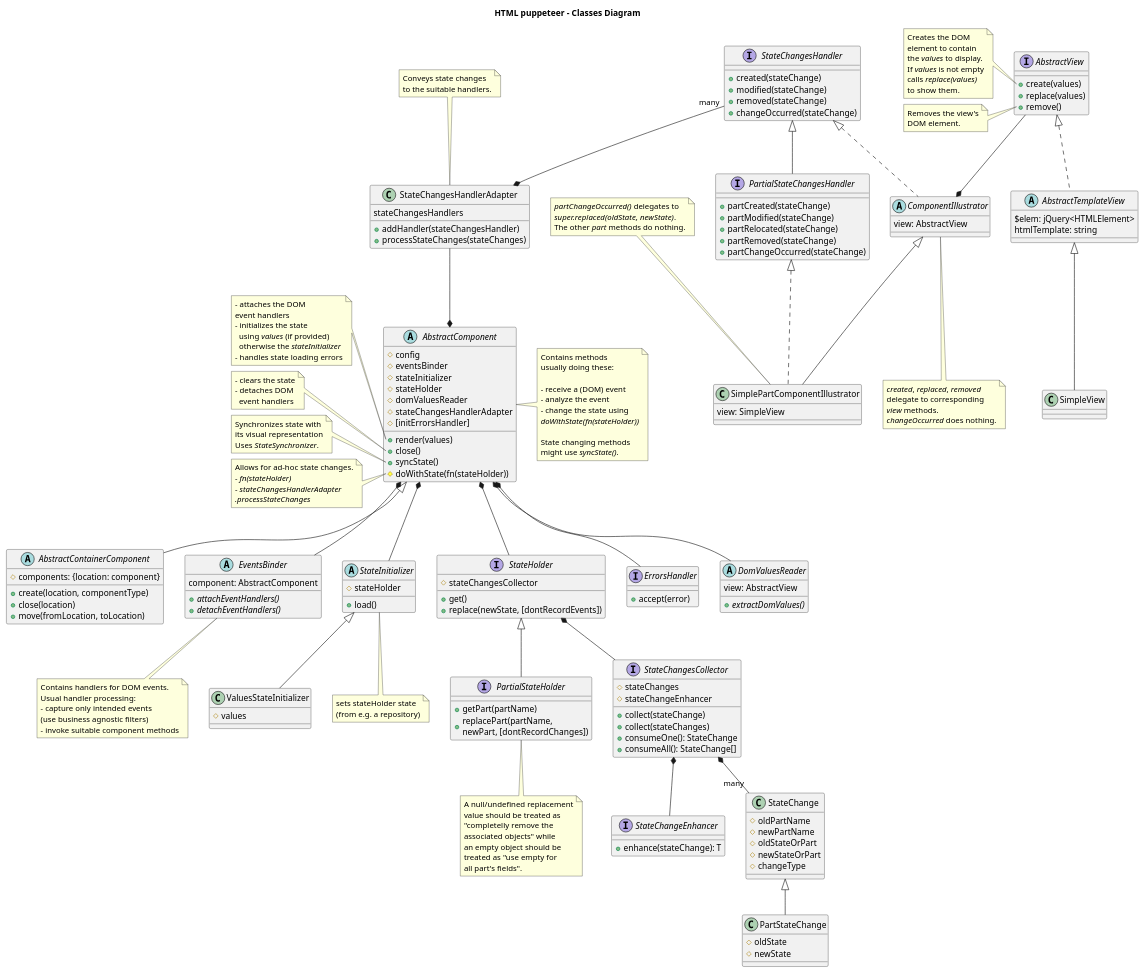
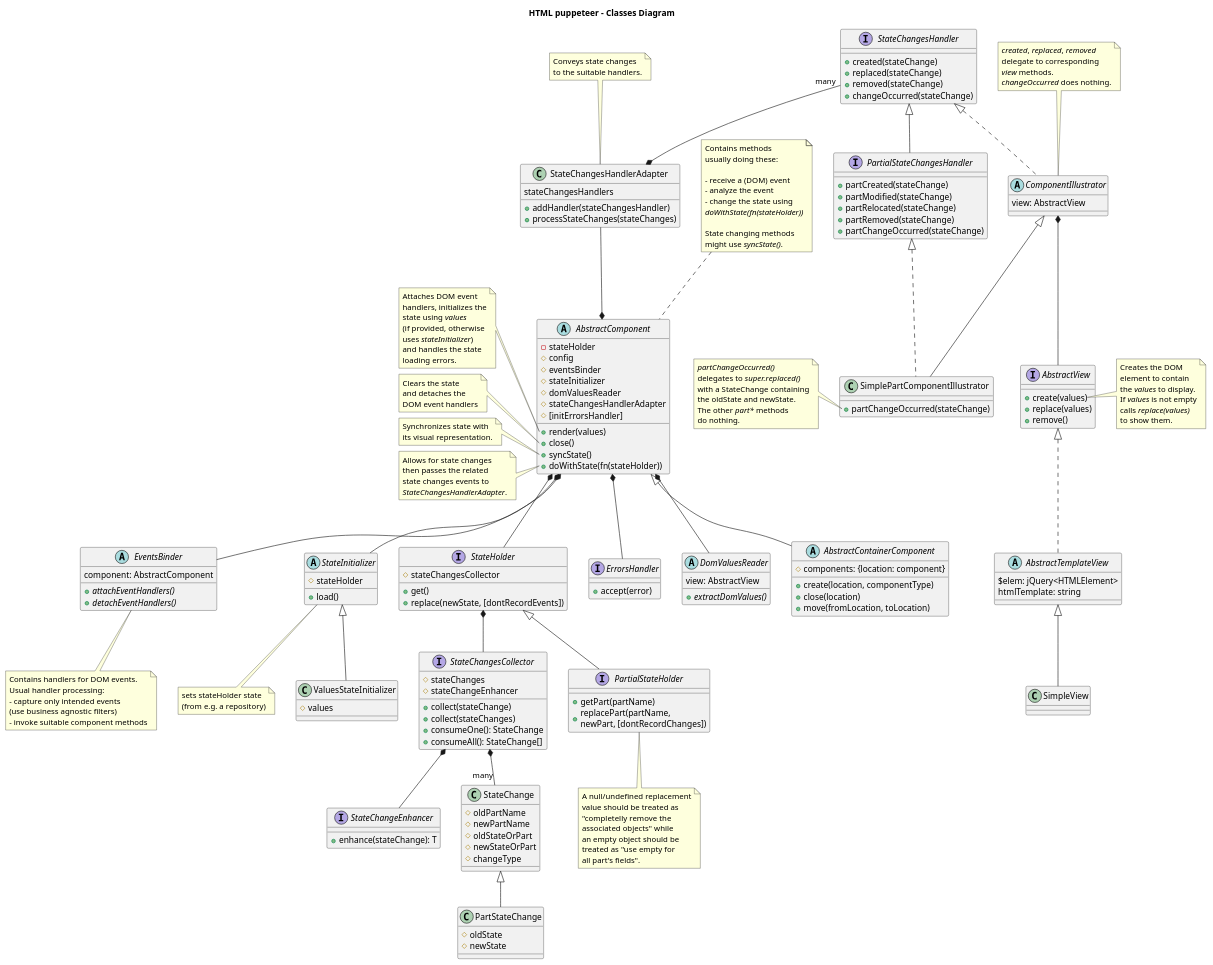
One commit to adrhc/html-puppeteer changed the diagram in design/classes-diagram.puml. Above: the diagram before and after it, drawn with PlantUML.

Commit message:
classes-diagram.puml

```diff
--- a/design/classes-diagram.puml
+++ b/design/classes-diagram.puml
@@ -3,20 +3,20 @@
 title HTML puppeteer - Classes Diagram
 
 abstract AbstractComponent {
+  -stateHolder
   #config
   #eventsBinder
   #stateInitializer
-  #stateHolder
   #domValuesReader
   #stateChangesHandlerAdapter
   #[initErrorsHandler]
   +render(values)
   +close()
   +syncState()
-  #doWithState(fn(stateHolder))
+  +doWithState(fn(stateHolder))
 }
 
-note right of AbstractComponent
+note top of AbstractComponent
   Contains methods
   usually doing these:
 
@@ -53,31 +53,31 @@
 end note'/
 
 note left of AbstractComponent::"render(values)"
-- attaches the DOM
-event handlers
-- initializes the state
-  using <i>values</i> (if provided) 
-  otherwise the <i>stateInitializer</i>
-- handles state loading errors
+Attaches DOM event
+handlers, initializes the
+state using <i>values</i>
+(if provided, otherwise
+uses <i>stateInitializer</i>)
+and handles the state
+loading errors.
 end note
 
 note left of AbstractComponent::"close()"
-- clears the state
-- detaches DOM
-  event handlers
+Clears the state
+and detaches the
+DOM event handlers
 end note
 
 note left of AbstractComponent::syncState
 Synchronizes state with
-its visual representation
-Uses <i>StateSynchronizer</i>.
+its visual representation.
 end note
 
 note left of AbstractComponent::doWithState
-Allows for ad-hoc state changes.
-- <i>fn(stateHolder)</i>
-- <i>stateChangesHandlerAdapter</i>
-<i>.processStateChanges</i>
+Allows for state changes
+then passes the related
+state changes events to
+<i>StateChangesHandlerAdapter</i>.
 end note
 
 abstract AbstractContainerComponent extends AbstractComponent {
@@ -181,7 +181,7 @@
 +remove()
 }
 
-note left of AbstractView::create
+note right of AbstractView::create
 Creates the DOM
 element to contain
 the <i>values</i> to display.
@@ -196,10 +196,10 @@
 the new ones.
 end note'/
 
-note left of AbstractView::remove
+/'note right of AbstractView::remove
 Removes the view's
 DOM element.
-end note
+end note'/
 
 abstract AbstractTemplateView implements AbstractView {
 $elem: jQuery<HTMLElement>
@@ -220,7 +220,7 @@
 (aka creation) to
 <i>created(stateChange)</i>
 - map state modification
-to <i>modified(stateChange)</i>
+to <i>replaced(stateChange)</i>
 - map state part (aka section)
 modification to
 <i>partModified(stateChange)</i>
@@ -236,7 +236,7 @@
 
 interface StateChangesHandler {
 +created(stateChange)
-+modified(stateChange)
++replaced(stateChange)
 +removed(stateChange)
 +changeOccurred(stateChange)
 }
@@ -253,7 +253,7 @@
 view: AbstractView
 }
 
-note bottom of ComponentIllustrator
+note top of ComponentIllustrator
 <i>created</i>, <i>replaced</i>, <i>removed</i>
 delegate to corresponding
 <i>view</i> methods.
@@ -261,13 +261,16 @@
 end note
 
 class SimplePartComponentIllustrator extends ComponentIllustrator implements PartialStateChangesHandler {
-view: SimpleView
++partChangeOccurred(stateChange)
 }
 
-note top of SimplePartComponentIllustrator
-<i>partChangeOccurred()</i> delegates to
-<i>super.replaced(oldState, newState)</i>.
-The other <i>part</i> methods do nothing.
+note left of SimplePartComponentIllustrator::partChangeOccurred
+<i>partChangeOccurred()</i>
+delegates to <i>super.replaced()</i>
+with a StateChange containing
+the oldState and newState.
+The other <i>part*</i> methods
+do nothing.
 end note
 
 /'abstract PartsAllocator implements PartialStateChangesHandler {
@@ -334,9 +337,10 @@
 AbstractComponent *-down- StateHolder
 AbstractComponent *-down- StateInitializer
 AbstractComponent *-down- DomValuesReader
+AbstractComponent *-down- ErrorsHandler
 AbstractComponent *-up- StateChangesHandlerAdapter
 StateChangesHandlerAdapter *-up- "many" StateChangesHandler
-ComponentIllustrator *-up- AbstractView
+ComponentIllustrator *-- AbstractView
 'PartialStateChangesHandler -down-|> StateChangesHandler
 'PartsAllocator -down-|> PartialStateChangesHandler
 'StateChangesHandler -up-{ AbstractView : might use
@@ -347,16 +351,15 @@
 'SimplePartComponentIllustrator -down-> ComponentIllustrator
 'SimplePartComponentIllustrator -down-|> PartialStateChangesHandler
 'AbstractComponent *-up- StateSynchronizer
-AbstractComponent *-down- ErrorsHandler
 'AbstractComponent *-right- PartsAllocator
 'PartialStateHolder -up-|> StateHolder
-StateHolder *-down- StateChangesCollector
-StateChangesCollector *-down- "many" StateChange
+StateHolder *-- StateChangesCollector
+StateChangesCollector *-- "many" StateChange
 'ComponentIllustrator --|> StateChangesHandler
 'PartStateChange -down-> StateChange
 'PartsAllocator -down-> StateHolder
 'ValuesStateInitializer -up-|> StateInitializer
-StateChangesCollector *-down- StateChangeEnhancer
+StateChangesCollector *-- StateChangeEnhancer
 
 /'note as setElement
 <i>domElement</i>
```
